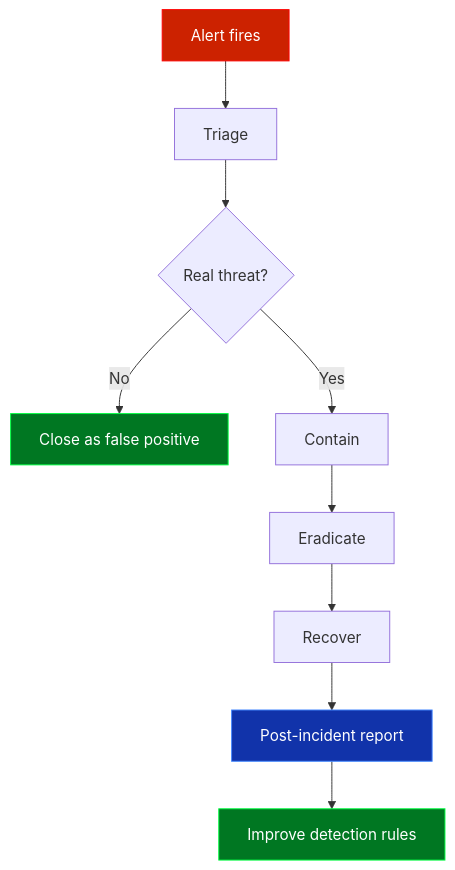
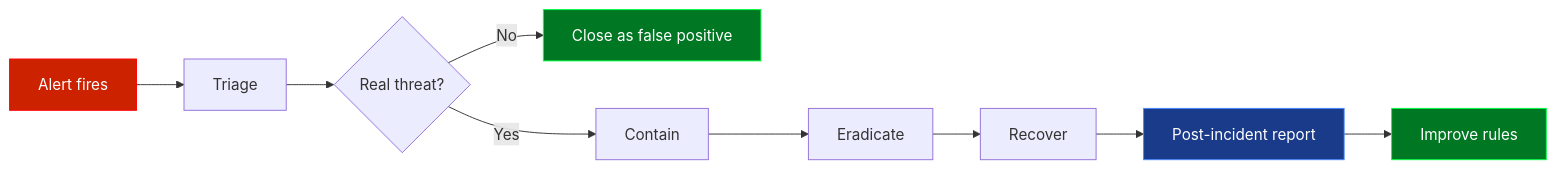
One commit to Speed-boo3/soc-project changed the third of 3 diagrams in README.md. Above: the diagram before and after it, drawn with Mermaid. The commit also changed other lines of this file, not shown here.

````diff
--- a/README.md
+++ b/README.md
@@ -266,16 +225,16 @@
 ```mermaid
-flowchart TD
+flowchart LR
     A[Alert fires] --> B[Triage]
     B --> C{Real threat?}
     C -->|No| D[Close as false positive]
     C -->|Yes| E[Contain]
     E --> F[Eradicate]
     F --> G[Recover]
     G --> H[Post-incident report]
-    H --> I[Improve detection rules]
+    H --> I[Improve rules]
 
-    style A fill:#cc2200,color:#ffffff,stroke:#ff0000
-    style D fill:#007722,color:#ffffff,stroke:#00ff41
-    style H fill:#1133aa,color:#ffffff,stroke:#4488ff
-    style I fill:#007722,color:#ffffff,stroke:#00ff41
+    style A fill:#cc2200,stroke:#ff0000,color:#ffffff
+    style D fill:#007722,stroke:#00ff41,color:#ffffff
+    style H fill:#1a3a8a,stroke:#4488ff,color:#ffffff
+    style I fill:#007722,stroke:#00ff41,color:#ffffff
 ```
````
